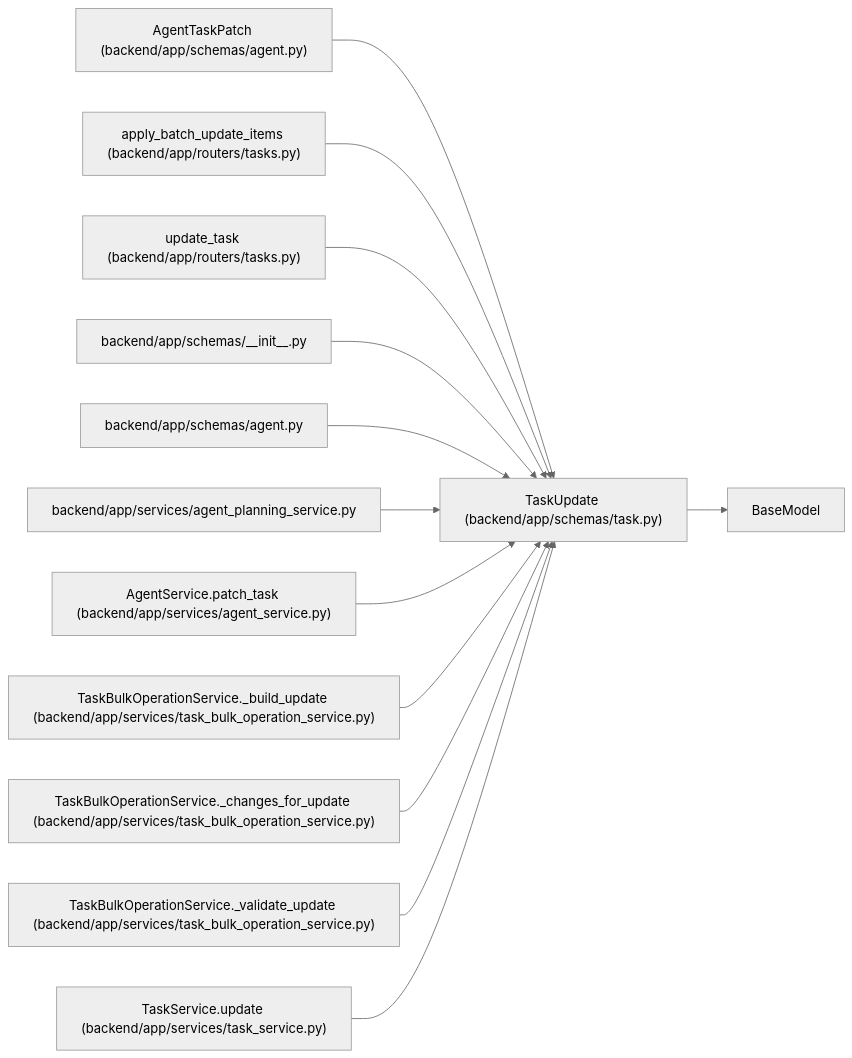
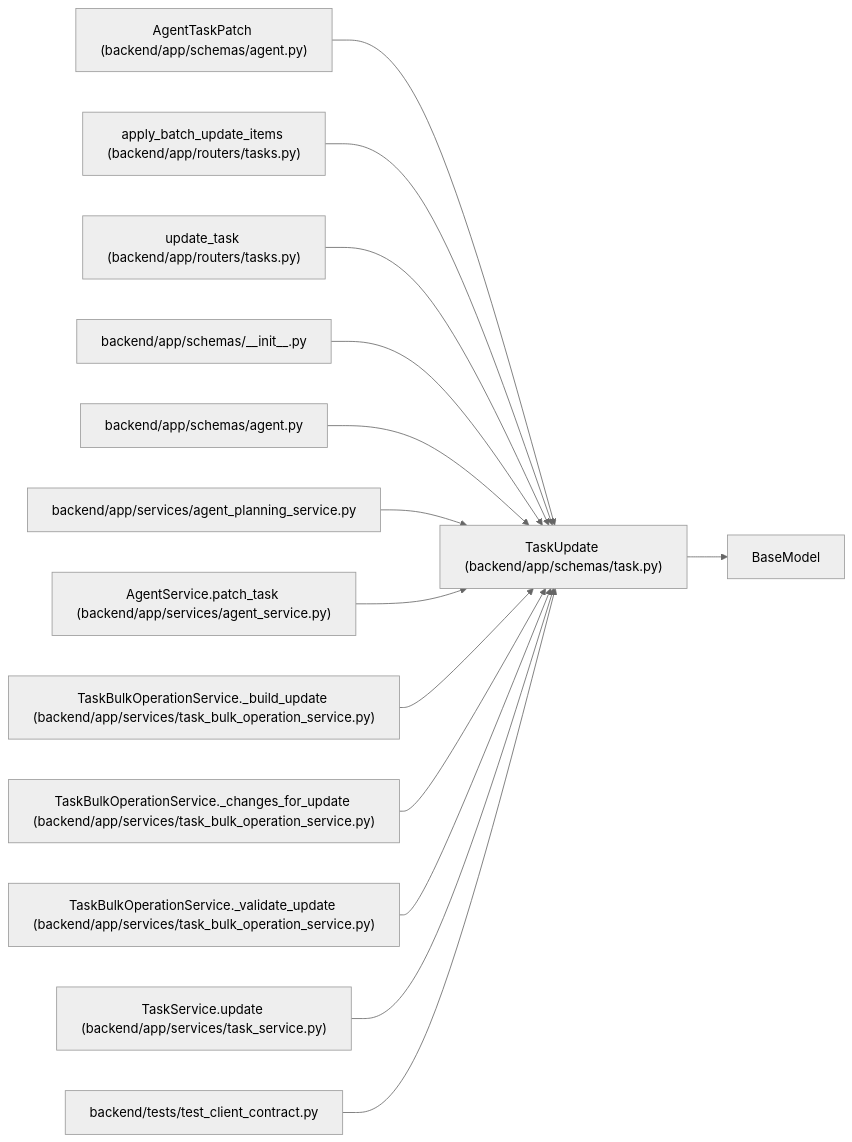
One commit to Denissvgn/WorkChord changed the diagram in docs/llm_wiki/entities/schemas_task_TaskUpdate.md. Above: the diagram before and after it, drawn with Mermaid (neutral theme). The commit also changed other lines of this file and 958 other files, not shown here.

First line of the commit message:
docs(wiki): refresh identity and recovery architecture

````diff
--- a/docs/llm_wiki/entities/schemas_task_TaskUpdate.md
+++ b/docs/llm_wiki/entities/schemas_task_TaskUpdate.md
@@ -52,40 +52,43 @@
 ```mermaid
 flowchart LR
     n0["TaskUpdate (backend/app/schemas/task.py)"]
     n1["BaseModel"]
     n2["AgentTaskPatch (backend/app/schemas/agent.py)"]
     n3["apply_batch_update_items (backend/app/routers/tasks.py)"]
     n4["update_task (backend/app/routers/tasks.py)"]
     n5["backend/app/schemas/__init__.py"]
     n6["backend/app/schemas/agent.py"]
     n7["backend/app/services/agent_planning_service.py"]
     n8["AgentService.patch_task (backend/app/services/agent_service.py)"]
     n9["TaskBulkOperationService._build_update (backend/app/services/task_bulk_operation_service.py)"]
     n10["TaskBulkOperationService._changes_for_update (backend/app/services/task_bulk_operation_service.py)"]
     n11["TaskBulkOperationService._validate_update (backend/app/services/task_bulk_operation_service.py)"]
     n12["TaskService.update (backend/app/services/task_service.py)"]
+    n13["backend/tests/test_client_contract.py"]
     n0 --> n1
     n2 --> n0
     n3 --> n0
     n4 --> n0
     n5 --> n0
     n6 --> n0
     n7 --> n0
     n8 --> n0
     n9 --> n0
     n10 --> n0
     n11 --> n0
     n12 --> n0
+    n13 --> n0
     click n0 "../modules/schemas_task.md"
     click n2 "../modules/schemas_agent.md"
     click n3 "../modules/tasks.md"
     click n4 "../modules/tasks.md"
     click n5 "../modules/schemas___init__.md"
     click n6 "../modules/schemas_agent.md"
     click n7 "../modules/agent_planning_service.md"
     click n8 "../modules/agent_service.md"
     click n9 "../modules/task_bulk_operation_service.md"
     click n10 "../modules/task_bulk_operation_service.md"
     click n11 "../modules/task_bulk_operation_service.md"
     click n12 "../modules/task_service.md"
+    click n13 "../modules/test_client_contract.md"
 ```
````
